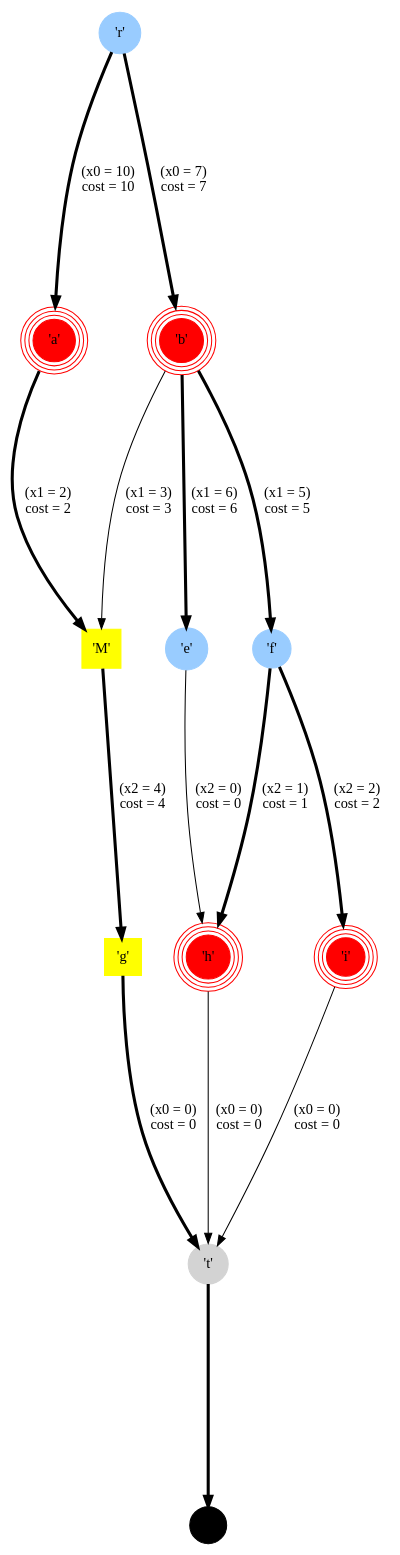
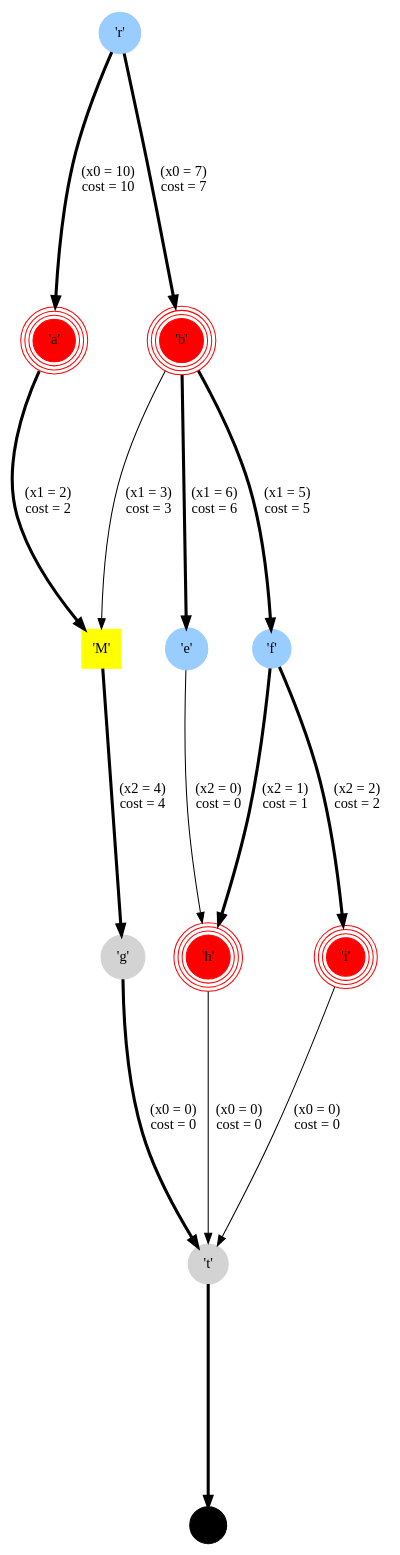
One commit to xgillard/ddo changed the diagram in resources/visualisation_tests/terse_viz.dot. Above: the diagram before and after it, drawn with Graphviz. The commit also changed 3 other files, not shown here.

```diff
--- a/resources/visualisation_tests/terse_viz.dot
+++ b/resources/visualisation_tests/terse_viz.dot
@@ -1,29 +1,29 @@
 digraph {
         ranksep = 3;
 
         0 [shape=circle,style=filled,color="#99ccff",peripheries=1,group="root",label="'r'"];
         1 [shape=circle,style=filled,color=red,peripheries=4,group="0",label="'a'"];
         0 -> 1 [penwidth=3,label="(x0 = 10)\ncost = 10"];
         2 [shape=circle,style=filled,color=red,peripheries=4,group="0",label="'b'"];
         0 -> 2 [penwidth=3,label="(x0 = 7)\ncost = 7"];
         5 [shape=circle,style=filled,color="#99ccff",peripheries=1,group="1",label="'e'"];
         2 -> 5 [penwidth=3,label="(x1 = 6)\ncost = 6"];
         6 [shape=circle,style=filled,color="#99ccff",peripheries=1,group="1",label="'f'"];
         2 -> 6 [penwidth=3,label="(x1 = 5)\ncost = 5"];
         7 [shape=square,style=filled,color=yellow,peripheries=1,group="1",label="'M'"];
         2 -> 7 [penwidth=1,label="(x1 = 3)\ncost = 3"];
         1 -> 7 [penwidth=3,label="(x1 = 2)\ncost = 2"];
         8 [shape=circle,style=filled,color=red,peripheries=4,group="2",label="'h'"];
         6 -> 8 [penwidth=3,label="(x2 = 1)\ncost = 1"];
         5 -> 8 [penwidth=1,label="(x2 = 0)\ncost = 0"];
         9 [shape=circle,style=filled,color=red,peripheries=4,group="2",label="'i'"];
         6 -> 9 [penwidth=3,label="(x2 = 2)\ncost = 2"];
-        10 [shape=square,style=filled,color=yellow,peripheries=1,group="2",label="'g'"];
+        10 [shape=circle,style=filled,color=lightgray,peripheries=1,group="2",label="'g'"];
         7 -> 10 [penwidth=3,label="(x2 = 4)\ncost = 4"];
         11 [shape=circle,style=filled,color=lightgray,peripheries=1,group="0",label="'t'"];
         9 -> 11 [penwidth=1,label="(x0 = 0)\ncost = 0"];
         10 -> 11 [penwidth=3,label="(x0 = 0)\ncost = 0"];
         8 -> 11 [penwidth=1,label="(x0 = 0)\ncost = 0"];
         terminal [shape="circle", label="", style="filled", color="black", group="terminal"];
         11 -> terminal [penwidth=3];
 }
```
